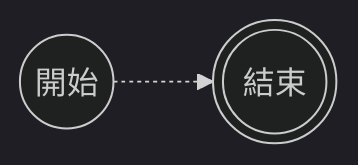
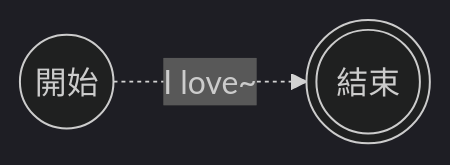
The second of 2 diagrams in 知識/程式語言/Mermaid/語法/流程圖/連結目錄/有文字的虛線箭頭連結.md (kuku0508/kuku_note_ver_2), drawn with Mermaid (dark theme) before and after one commit. The commit also changed other lines of this file and 1 other file, not shown here.

````diff
--- a/知識/程式語言/Mermaid/語法/流程圖/連結目錄/有文字的虛線箭頭連結.md
+++ b/知識/程式語言/Mermaid/語法/流程圖/連結目錄/有文字的虛線箭頭連結.md
@@ -8,6 +8,6 @@
 ```mermaid
 flowchart LR
 A@{shape: circle, label: "開始"}
 B@{shape: dbl-circ, label: "結束"}
-A -.->B
+A -. I love~ .-> B
 ```
````
